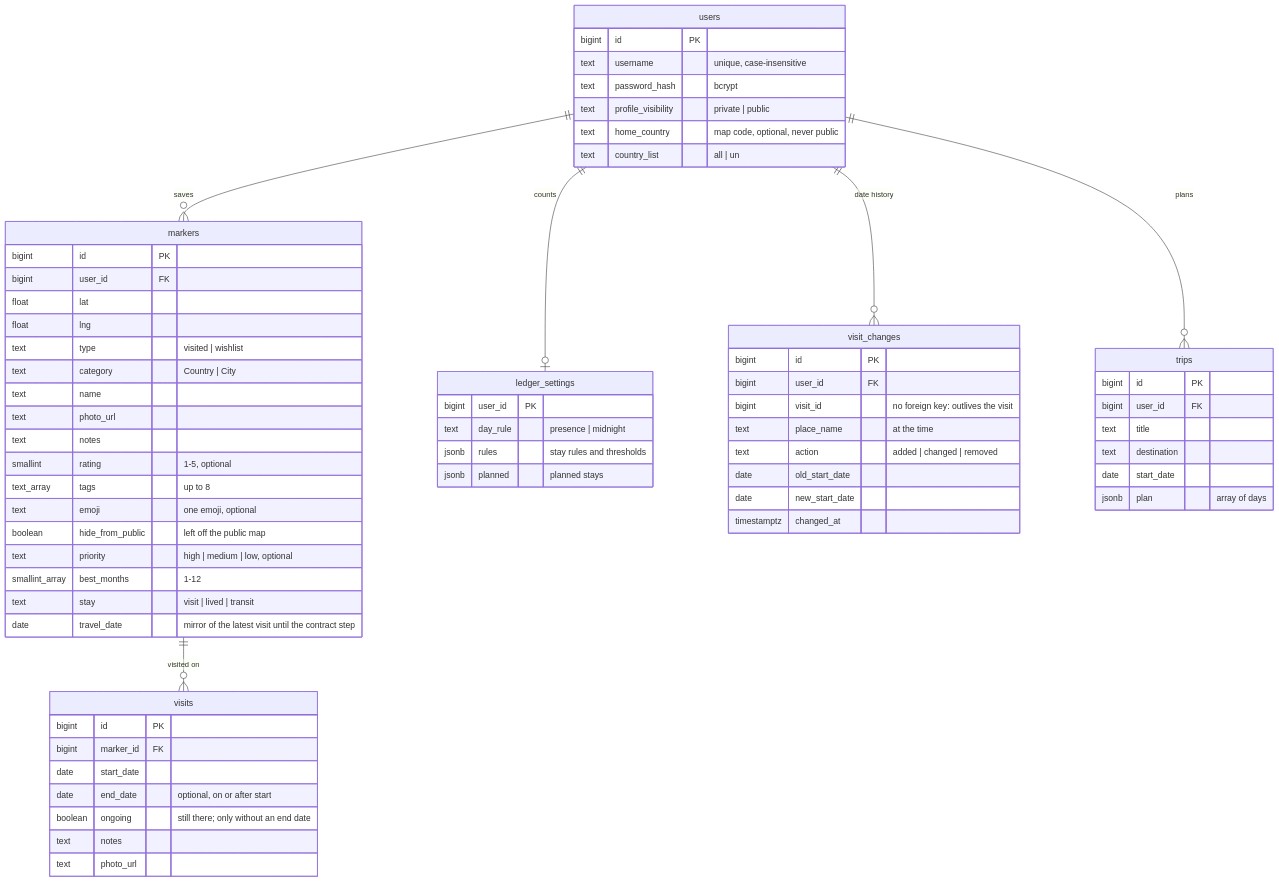
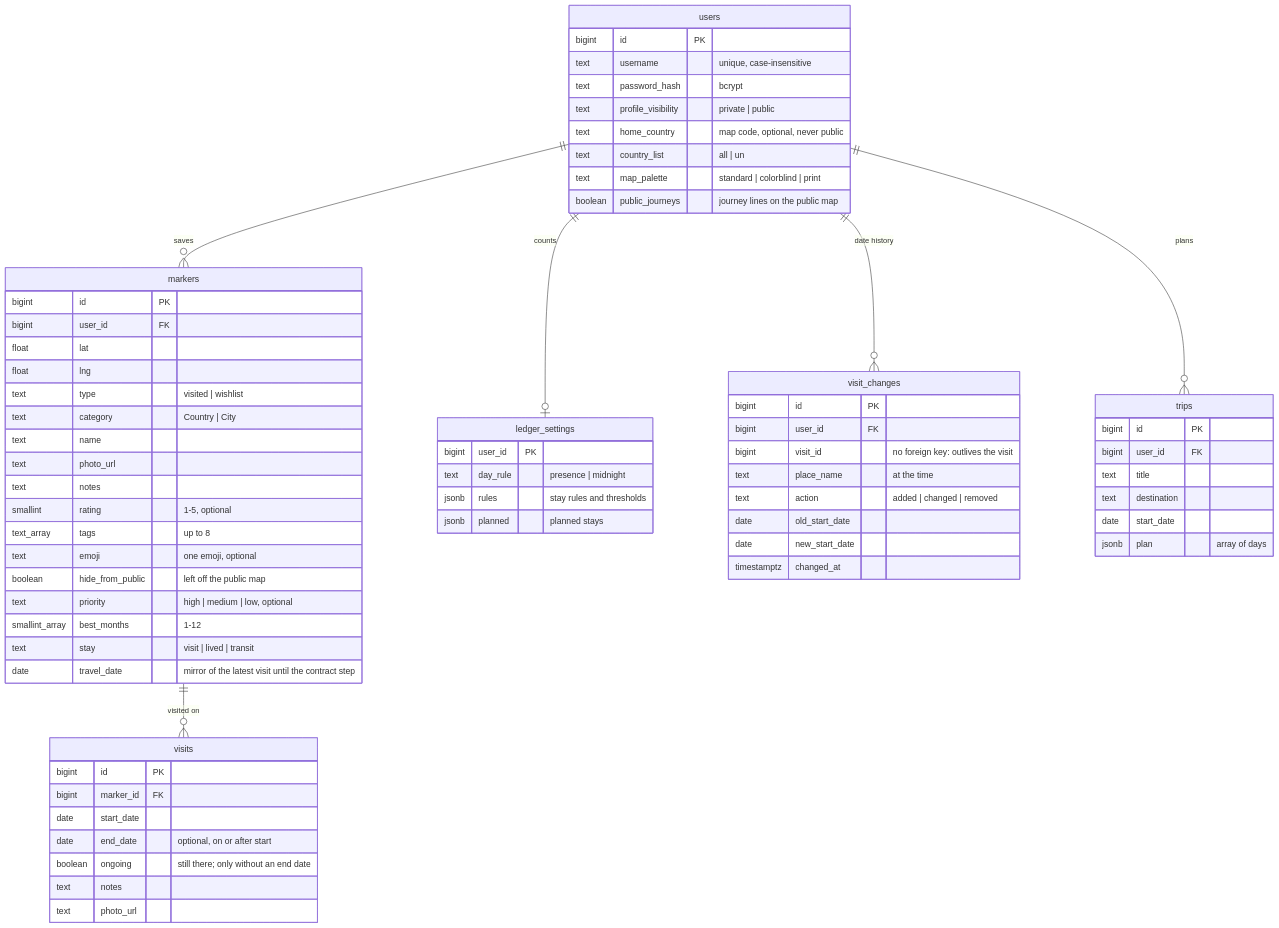
Before and after one commit to chefzaid/travelmapster: the diagram in docs/data-model.md, drawn with Mermaid. The commit also changed other lines of this file and 24 other files, not shown here.

First line of the commit message:
Replay the map year by year with journey lines, and choose color-blind safe and print-friendly palettes

````diff
--- a/docs/data-model.md
+++ b/docs/data-model.md
@@ -8,68 +8,70 @@
 ```mermaid
 erDiagram
     users ||--o{ markers : saves
     markers ||--o{ visits : "visited on"
     users ||--o| ledger_settings : counts
     users ||--o{ visit_changes : "date history"
     users ||--o{ trips : plans
     users {
         bigint id PK
         text username "unique, case-insensitive"
         text password_hash "bcrypt"
         text profile_visibility "private | public"
         text home_country "map code, optional, never public"
         text country_list "all | un"
+        text map_palette "standard | colorblind | print"
+        boolean public_journeys "journey lines on the public map"
     }
     markers {
         bigint id PK
         bigint user_id FK
         float lat
         float lng
         text type "visited | wishlist"
         text category "Country | City"
         text name
         text photo_url
         text notes
         smallint rating "1-5, optional"
         text_array tags "up to 8"
         text emoji "one emoji, optional"
         boolean hide_from_public "left off the public map"
         text priority "high | medium | low, optional"
         smallint_array best_months "1-12"
         text stay "visit | lived | transit"
         date travel_date "mirror of the latest visit until the contract step"
     }
     visits {
         bigint id PK
         bigint marker_id FK
         date start_date
         date end_date "optional, on or after start"
         boolean ongoing "still there; only without an end date"
         text notes
         text photo_url
     }
     ledger_settings {
         bigint user_id PK
         text day_rule "presence | midnight"
         jsonb rules "stay rules and thresholds"
         jsonb planned "planned stays"
     }
     visit_changes {
         bigint id PK
         bigint user_id FK
         bigint visit_id "no foreign key: outlives the visit"
         text place_name "at the time"
         text action "added | changed | removed"
         date old_start_date
         date new_start_date
         timestamptz changed_at
     }
     trips {
         bigint id PK
         bigint user_id FK
         text title
         text destination
         date start_date
         jsonb plan "array of days"
     }
 ```
````
